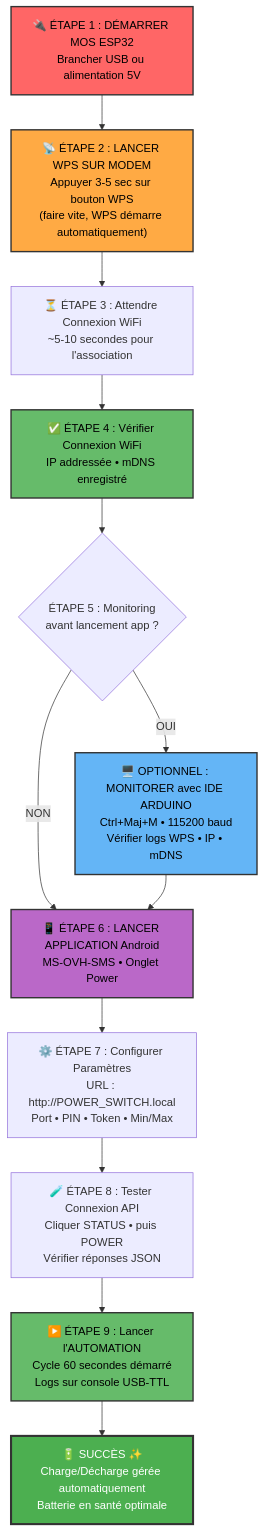
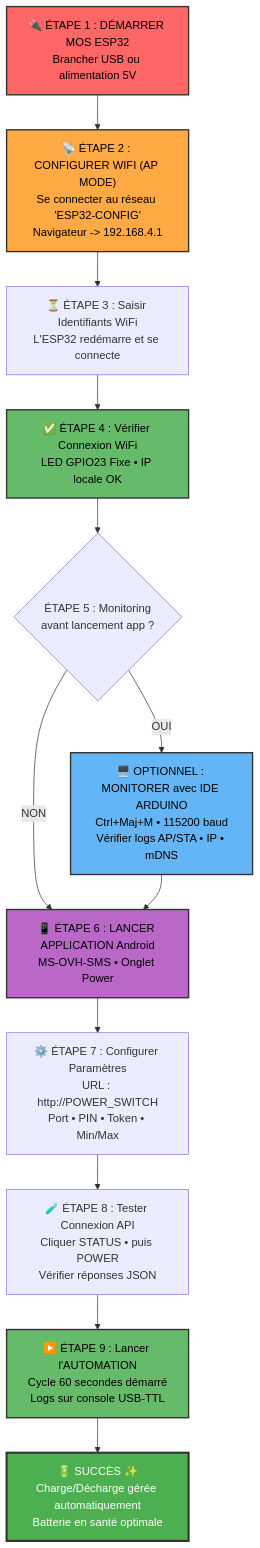
The first of 2 diagrams in docs/MOS_ESP32_GESTIONNAIRE_DE_CHARGE.md (nemo2506/MS-MMS-RESTFULL), drawn with Mermaid before and after one commit. The commit also changed other lines of this file, not shown here.

Commit message:
modify usage to AP connexion

````diff
--- a/docs/MOS_ESP32_GESTIONNAIRE_DE_CHARGE.md
+++ b/docs/MOS_ESP32_GESTIONNAIRE_DE_CHARGE.md
@@ -37,22 +37,22 @@
 ```mermaid
 flowchart TD
-    A["🔌 ÉTAPE 1 : DÉMARRER MOS ESP32<br/>Brancher USB ou alimentation 5V"] --> B["📡 ÉTAPE 2 : LANCER WPS SUR MODEM<br/>Appuyer 3-5 sec sur bouton WPS<br/>(faire vite, WPS démarre automatiquement)"]
-    B --> C["⏳ ÉTAPE 3 : Attendre Connexion WiFi<br/>~5-10 secondes pour l'association"]
-    C --> D["✅ ÉTAPE 4 : Vérifier Connexion WiFi<br/>IP addressée • mDNS enregistré"]
+    A["🔌 ÉTAPE 1 : DÉMARRER MOS ESP32<br/>Brancher USB ou alimentation 5V"] --> B["📡 ÉTAPE 2 : CONFIGURER WIFI (AP MODE)<br/>Se connecter au réseau 'ESP32-CONFIG'<br/>Navigateur -> 192.168.4.1"]
+    B --> C["⏳ ÉTAPE 3 : Saisir Identifiants WiFi<br/>L'ESP32 redémarre et se connecte"]
+    C --> D["✅ ÉTAPE 4 : Vérifier Connexion WiFi<br/>LED GPIO23 Fixe • IP locale OK"]
     D --> E{ÉTAPE 5 : Monitoring<br/>avant lancement app ?}
-    E -->|OUI| F["🖥️ OPTIONNEL : MONITORER avec IDE ARDUINO<br/>Ctrl+Maj+M • 115200 baud<br/>Vérifier logs WPS • IP • mDNS"]
+    E -->|OUI| F["🖥️ OPTIONNEL : MONITORER avec IDE ARDUINO<br/>Ctrl+Maj+M • 115200 baud<br/>Vérifier logs AP/STA • IP • mDNS"]
     E -->|NON| G["📱 ÉTAPE 6 : LANCER APPLICATION Android<br/>MS-OVH-SMS • Onglet Power"]
     F --> G
-    G --> H["⚙️ ÉTAPE 7 : Configurer Paramètres<br/>URL : http://POWER_SWITCH.local<br/>Port • PIN • Token • Min/Max"]
+    G --> H["⚙️ ÉTAPE 7 : Configurer Paramètres<br/>URL : http://POWER_SWITCH<br/>Port • PIN • Token • Min/Max"]
     H --> I["🧪 ÉTAPE 8 : Tester Connexion API<br/>Cliquer STATUS • puis POWER<br/>Vérifier réponses JSON"]
     I --> J["▶️ ÉTAPE 9 : Lancer l'AUTOMATION<br/>Cycle 60 secondes démarré<br/>Logs sur console USB-TTL"]
     J --> K["🔋 SUCCÈS ✨<br/>Charge/Décharge gérée automatiquement<br/>Batterie en santé optimale"]
     
     style A fill:#ff6666,stroke:#333,stroke-width:2px,color:#000
     style B fill:#ffaa44,stroke:#333,stroke-width:2px,color:#000
     style D fill:#66bb6a,stroke:#333,stroke-width:2px,color:#000
     style F fill:#64b5f6,stroke:#333,stroke-width:2px,color:#000
     style G fill:#ba68c8,stroke:#333,stroke-width:2px,color:#000
     style J fill:#66bb6a,stroke:#333,stroke-width:2px,color:#000
     style K fill:#4caf50,stroke:#333,stroke-width:3px,color:#fff
 ```
````
